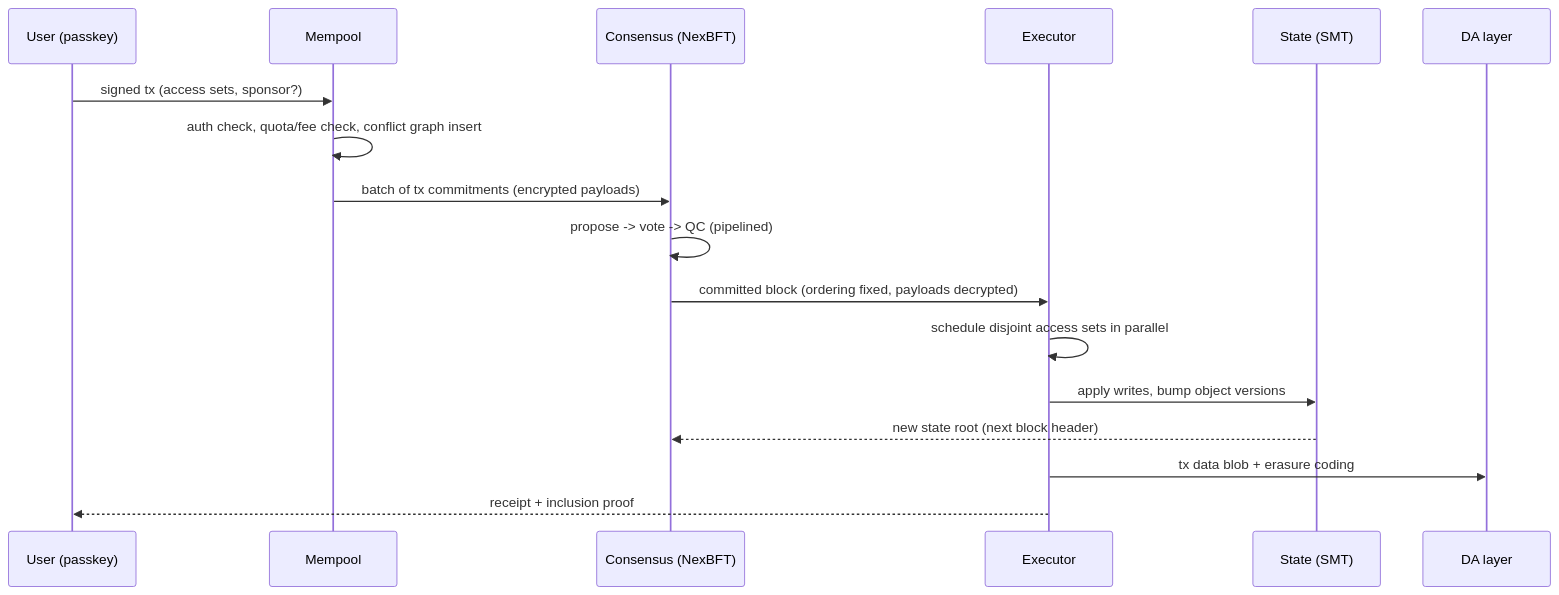
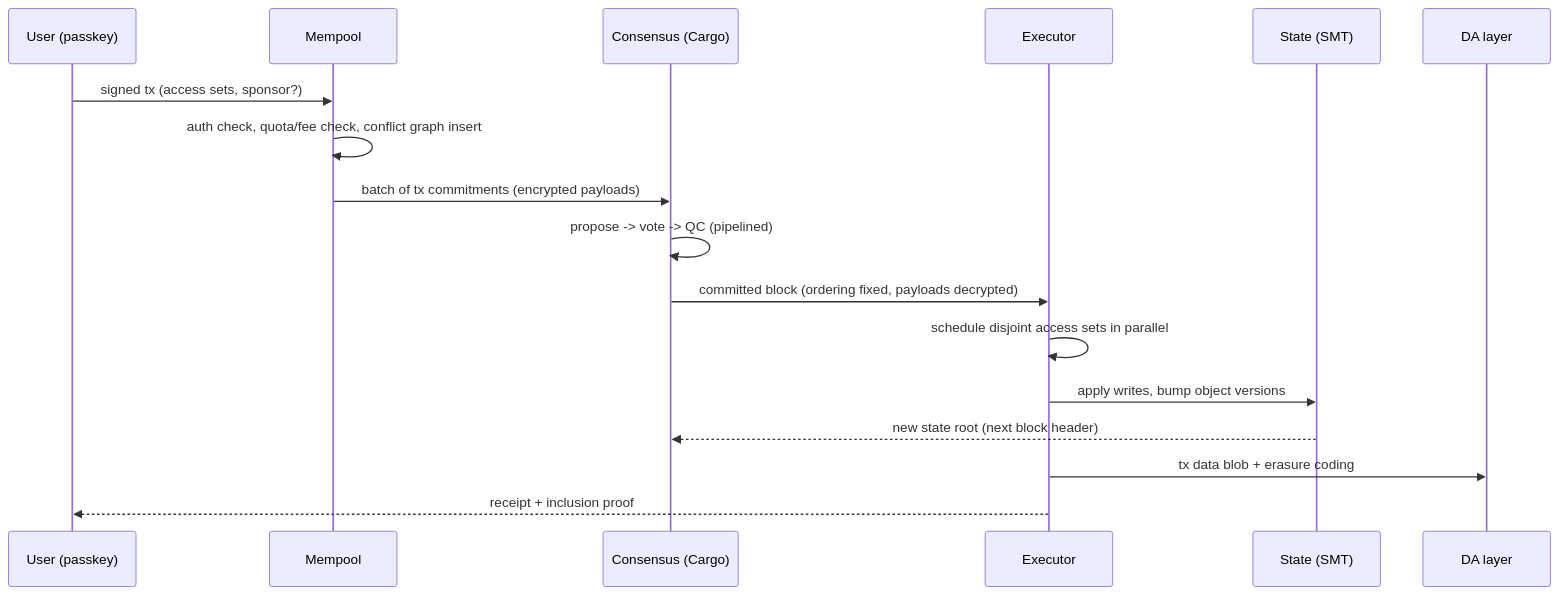
Before and after one commit to cosmic-hydra/phi: the first of 2 diagrams in docs/ARCHITECTURE.md, drawn with Mermaid. The commit also changed other lines of this file and 20 other files, not shown here.

Commit message:
Rename NexChain to Phi and consensus protocol to Cargo; remove all nex references

````diff
--- a/docs/ARCHITECTURE.md
+++ b/docs/ARCHITECTURE.md
@@ -65,20 +65,20 @@
 ```mermaid
 sequenceDiagram
     participant U as User (passkey)
     participant M as Mempool
-    participant C as Consensus (NexBFT)
+    participant C as Consensus (Cargo)
     participant E as Executor
     participant S as State (SMT)
     participant D as DA layer
 
     U->>M: signed tx (access sets, sponsor?)
     M->>M: auth check, quota/fee check, conflict graph insert
     M->>C: batch of tx commitments (encrypted payloads)
     C->>C: propose -> vote -> QC (pipelined)
     C->>E: committed block (ordering fixed, payloads decrypted)
     E->>E: schedule disjoint access sets in parallel
     E->>S: apply writes, bump object versions
     S-->>C: new state root (next block header)
     E->>D: tx data blob + erasure coding
     E-->>U: receipt + inclusion proof
 ```
````
